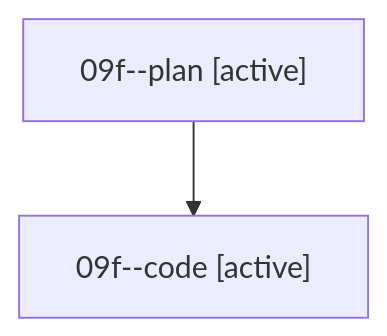
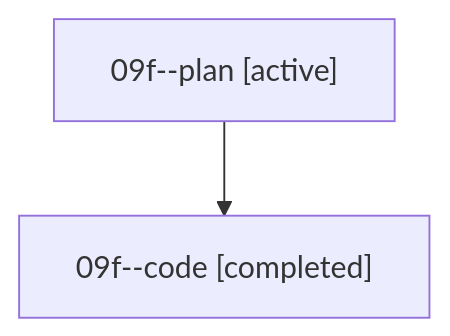
The diagram in families/bbugyi200.athena.09f.md (sase-org/sase--agents), drawn with Mermaid before and after one commit. The commit also changed other lines of this file and 35830 other files, not shown here.

````diff
--- a/families/bbugyi200.athena.09f.md
+++ b/families/bbugyi200.athena.09f.md
@@ -9,6 +9,6 @@
 ```mermaid
 flowchart TD
   n0["09f--plan [active]"]
-  n1["09f--code [active]"]
+  n1["09f--code [completed]"]
   n0 --> n1
 ```
````
